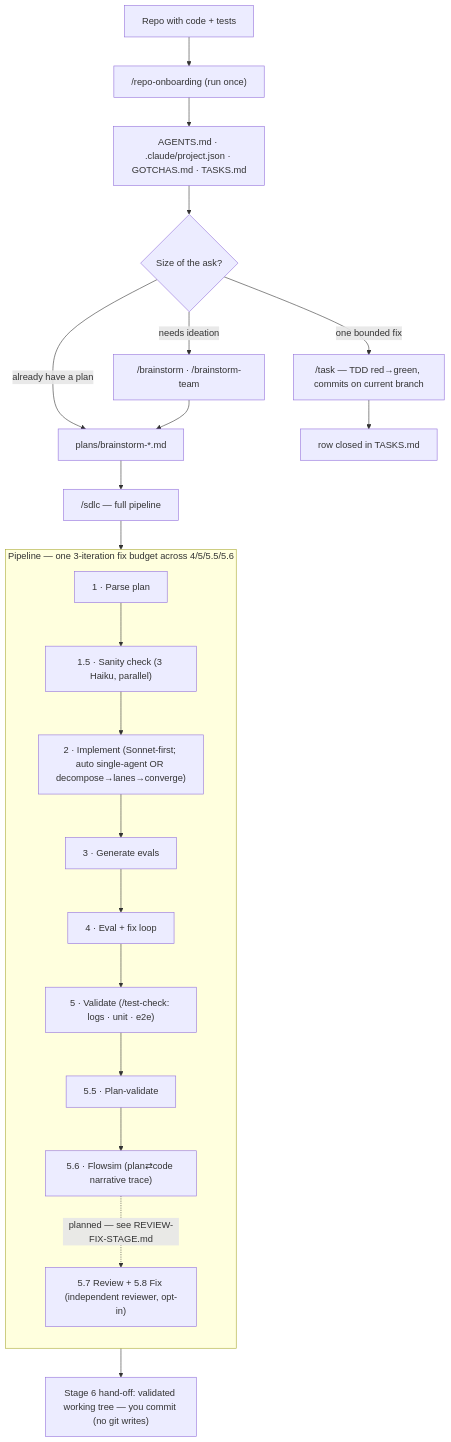
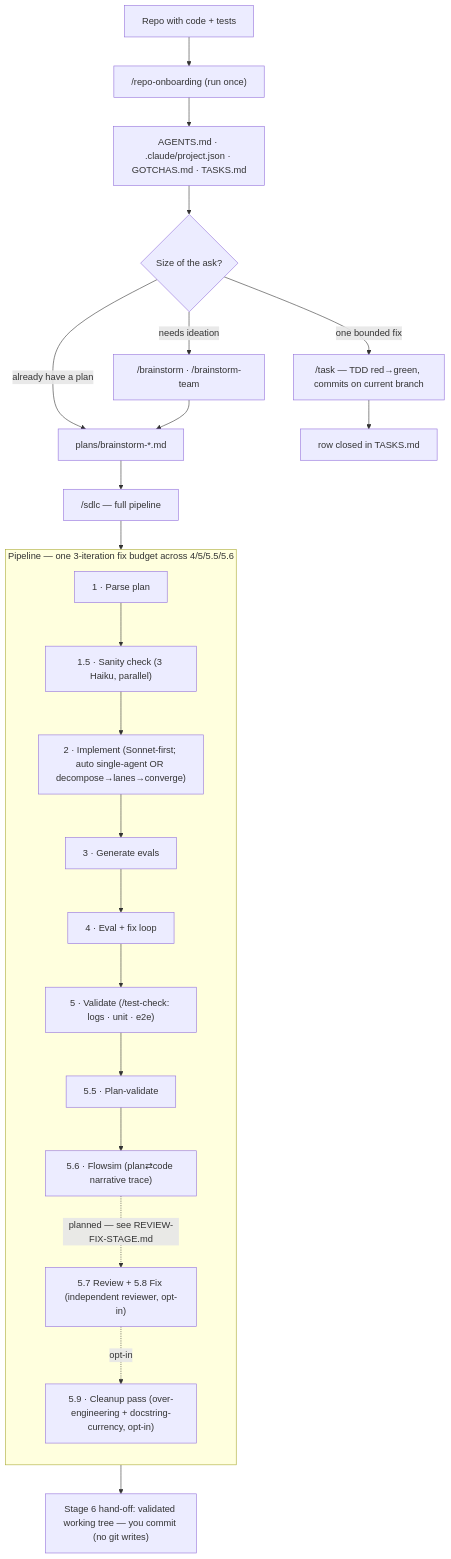
Before and after one commit to exerias21/brainstorm-toolkit: the diagram in docs/FLOW.md, drawn with Mermaid. The commit also changed 73 other files, not shown here.

````diff
--- a/docs/FLOW.md
+++ b/docs/FLOW.md
@@ -23,27 +23,28 @@
 ```mermaid
 flowchart TD
     R["Repo with code + tests"] --> ONB["/repo-onboarding  (run once)"]
     ONB --> CFG["AGENTS.md · .claude/project.json · GOTCHAS.md · TASKS.md"]
     CFG --> PICK{"Size of the ask?"}
 
     PICK -->|"one bounded fix"| TASK["/task — TDD red→green, commits on current branch"]
     PICK -->|"needs ideation"| BS["/brainstorm · /brainstorm-team"]
     PICK -->|"already have a plan"| PLAN["plans/brainstorm-*.md"]
     BS --> PLAN
 
     PLAN --> SDLC["/sdlc — full pipeline"]
     SDLC --> PIPE
 
     subgraph PIPE ["Pipeline — one 3-iteration fix budget across 4/5/5.5/5.6"]
       direction TB
       S1["1 · Parse plan"] --> S15["1.5 · Sanity check (3 Haiku, parallel)"]
       S15 --> S2["2 · Implement (Sonnet-first; auto single-agent OR decompose→lanes→converge)"]
       S2 --> S3["3 · Generate evals"] --> S4["4 · Eval + fix loop"]
       S4 --> S5["5 · Validate (/test-check: logs · unit · e2e)"] --> S55["5.5 · Plan-validate"]
       S55 --> S56["5.6 · Flowsim (plan⇄code narrative trace)"]
       S56 -. "planned — see REVIEW-FIX-STAGE.md" .-> S57["5.7 Review + 5.8 Fix (independent reviewer, opt-in)"]
+      S57 -.->|"opt-in"| S59["5.9 · Cleanup pass (over-engineering + docstring-currency, opt-in)"]
     end
 
     PIPE --> HO["Stage 6 hand-off: validated working tree — you commit (no git writes)"]
     TASK --> DONE["row closed in TASKS.md"]
 ```
````
